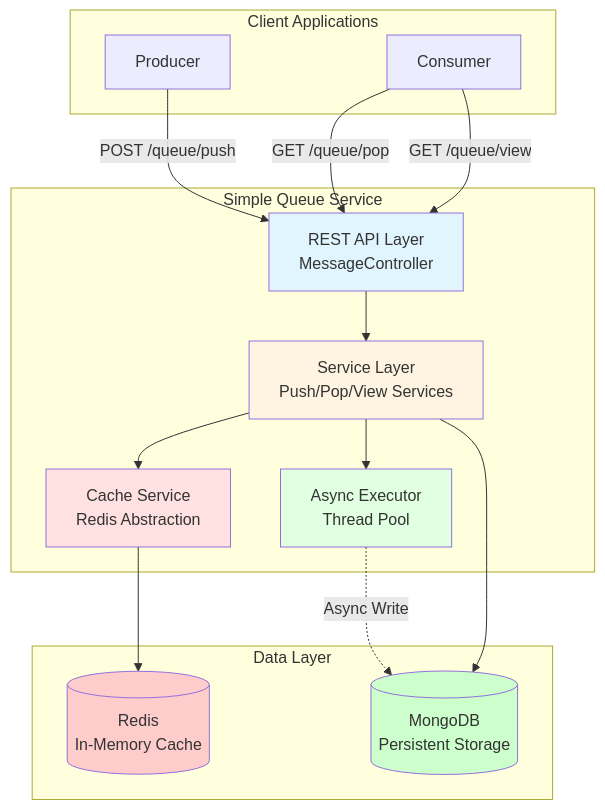
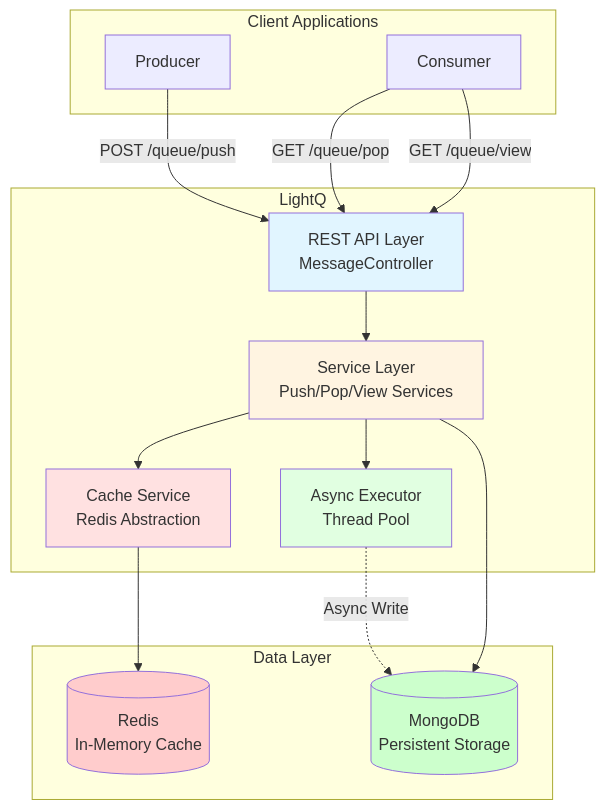
The first of 4 diagrams in README.md (Alak-Das/LightQ), drawn with Mermaid before and after one commit. The commit also changed other lines of this file and 51 other files, not shown here.

````diff
--- a/README.md
+++ b/README.md
@@ -68,37 +68,37 @@
 ```mermaid
 graph TB
     subgraph "Client Applications"
         P[Producer]
         C[Consumer]
     end
     
-    subgraph "Simple Queue Service"
+    subgraph "LightQ"
         API[REST API Layer<br/>MessageController]
         SVC[Service Layer<br/>Push/Pop/View Services]
         CACHE[Cache Service<br/>Redis Abstraction]
         ASYNC[Async Executor<br/>Thread Pool]
     end
     
     subgraph "Data Layer"
         R[(Redis<br/>In-Memory Cache)]
         M[(MongoDB<br/>Persistent Storage)]
     end
     
     P -->|POST /queue/push| API
     C -->|GET /queue/pop| API
     C -->|GET /queue/view| API
     
     API --> SVC
     SVC --> CACHE
     SVC --> ASYNC
     ASYNC -.->|Async Write| M
     CACHE --> R
     SVC --> M
     
     style API fill:#e1f5ff
     style SVC fill:#fff4e1
     style CACHE fill:#ffe1e1
     style ASYNC fill:#e1ffe1
     style R fill:#ffcccc
     style M fill:#ccffcc
 ```
````
